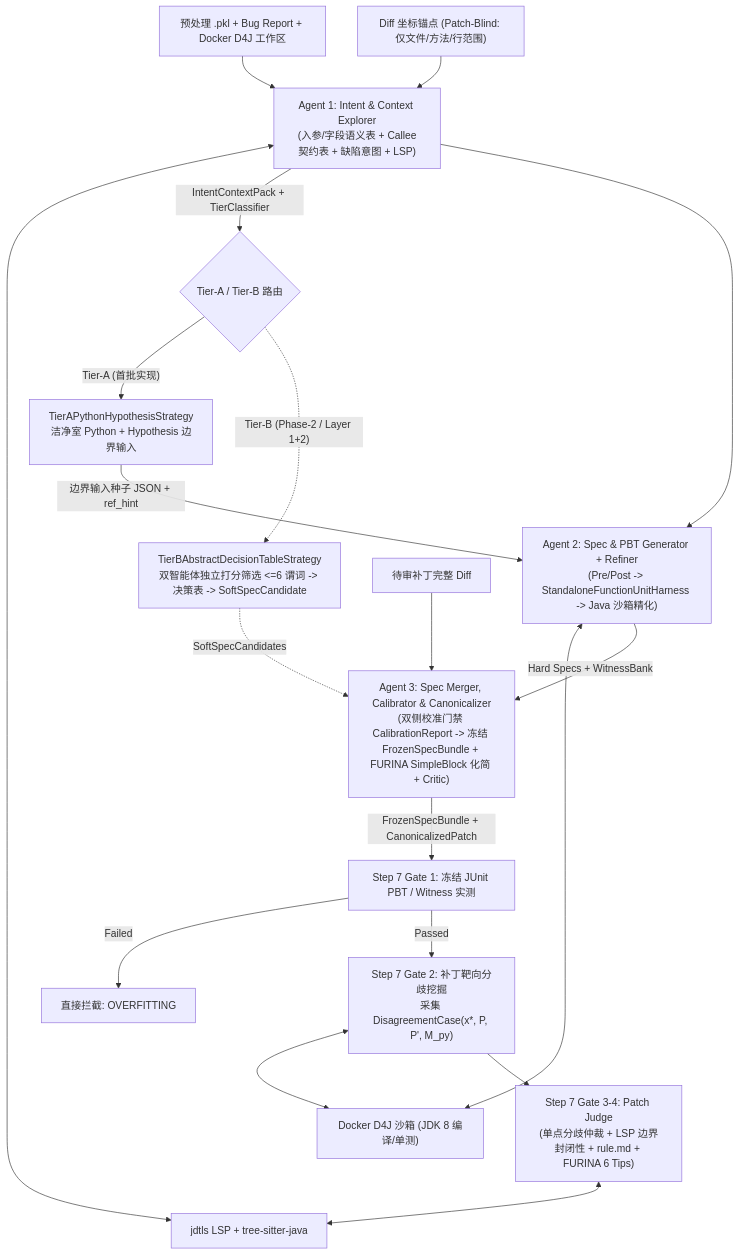
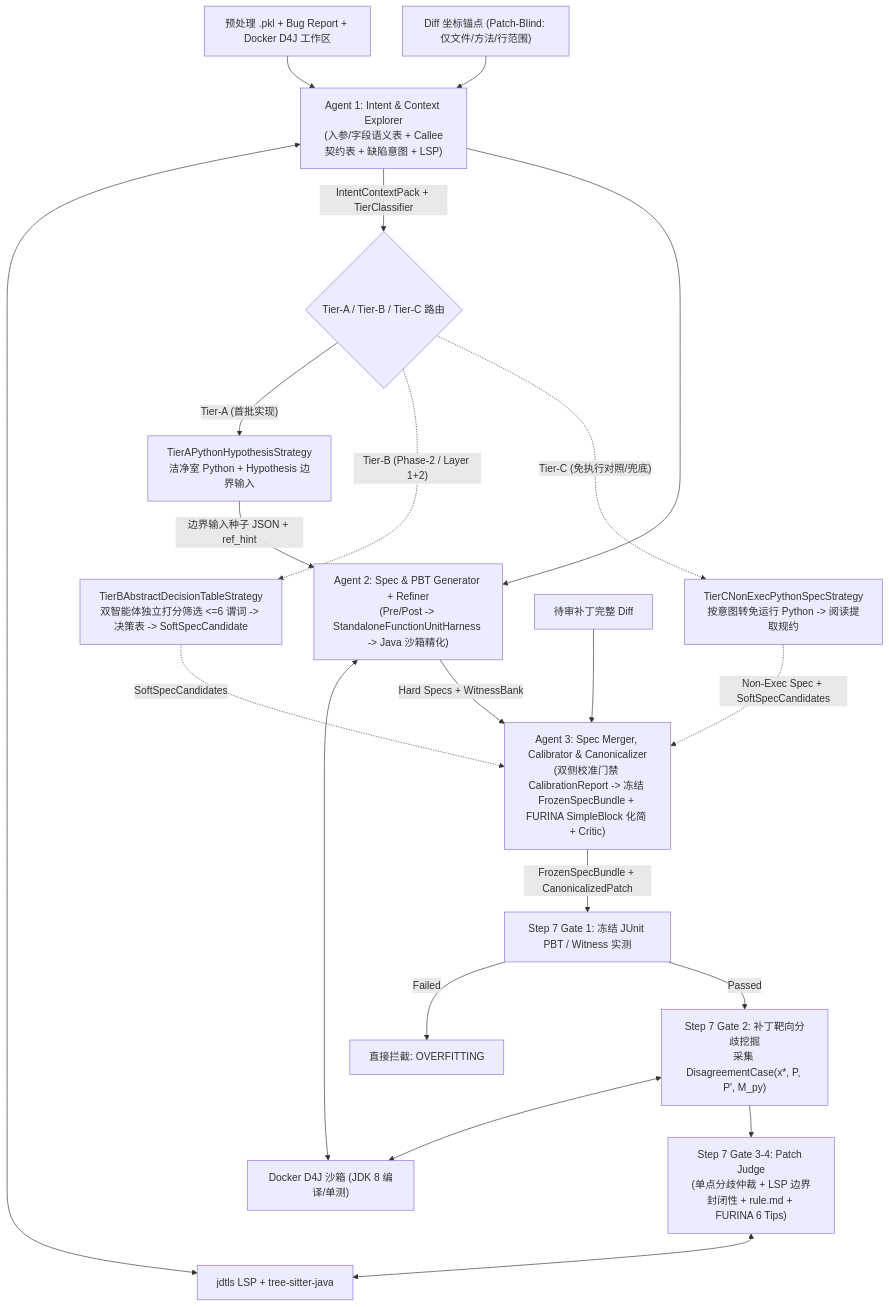
The diagram in PLAN.md (Zyc654/SpecPatch), drawn with Mermaid before and after one commit. The commit also changed other lines of this file and 2 other files, not shown here.

````diff
--- a/PLAN.md
+++ b/PLAN.md
@@ -335,21 +352,23 @@
 ```mermaid
 flowchart TD
     In1["预处理 .pkl + Bug Report + Docker D4J 工作区"] --> A1
     In2["Diff 坐标锚点 (Patch-Blind: 仅文件/方法/行范围)"] --> A1
     A1["Agent 1: Intent & Context Explorer\n(入参/字段语义表 + Callee契约表 + 缺陷意图 + LSP)"] <--> LSP["jdtls LSP + tree-sitter-java"]
-    A1 -->|"IntentContextPack + TierClassifier"| Branch{"Tier-A / Tier-B 路由"}
+    A1 -->|"IntentContextPack + TierClassifier"| Branch{"Tier-A / Tier-B / Tier-C 路由"}
     Branch -->|"Tier-A (首批实现)"| CR_A["TierAPythonHypothesisStrategy\n洁净室 Python + Hypothesis 边界输入"]
     Branch -.->|"Tier-B (Phase-2 / Layer 1+2)"| CR_B["TierBAbstractDecisionTableStrategy\n双智能体独立打分筛选 <=6 谓词 -> 决策表 -> SoftSpecCandidate"]
+    Branch -.->|"Tier-C (免执行对照/兜底)"| CR_C["TierCNonExecPythonSpecStrategy\n按意图转免运行 Python -> 阅读提取规约"]
     A1 --> A2["Agent 2: Spec & PBT Generator + Refiner\n(Pre/Post -> StandaloneFunctionUnitHarness -> Java 沙箱精化)"]
     CR_A -->|"边界输入种子 JSON + ref_hint"| A2
     A2 <--> D4J["Docker D4J 沙箱 (JDK 8 编译/单测)"]
     A2 -->|"Hard Specs + WitnessBank"| A3
     CR_B -.->|"SoftSpecCandidates"| A3
+    CR_C -.->|"Non-Exec Spec + SoftSpecCandidates"| A3
     P["待审补丁完整 Diff"] --> A3["Agent 3: Spec Merger, Calibrator & Canonicalizer\n(双侧校准门禁 CalibrationReport -> 冻结 FrozenSpecBundle + FURINA SimpleBlock 化简 + Critic)"]
     A3 -->|"FrozenSpecBundle + CanonicalizedPatch"| G1["Step 7 Gate 1: 冻结 JUnit PBT / Witness 实测"]
     G1 -->|"Failed"| Reject["直接拦截: OVERFITTING"]
     G1 -->|"Passed"| G2["Step 7 Gate 2: 补丁靶向分歧挖掘\n采集 DisagreementCase(x*, P, P', M_py)"]
     G2 <--> D4J
     G2 --> G3["Step 7 Gate 3-4: Patch Judge\n(单点分歧仲裁 + LSP 边界封闭性 + rule.md + FURINA 6 Tips)"]
     G3 <--> LSP
 ```
````
